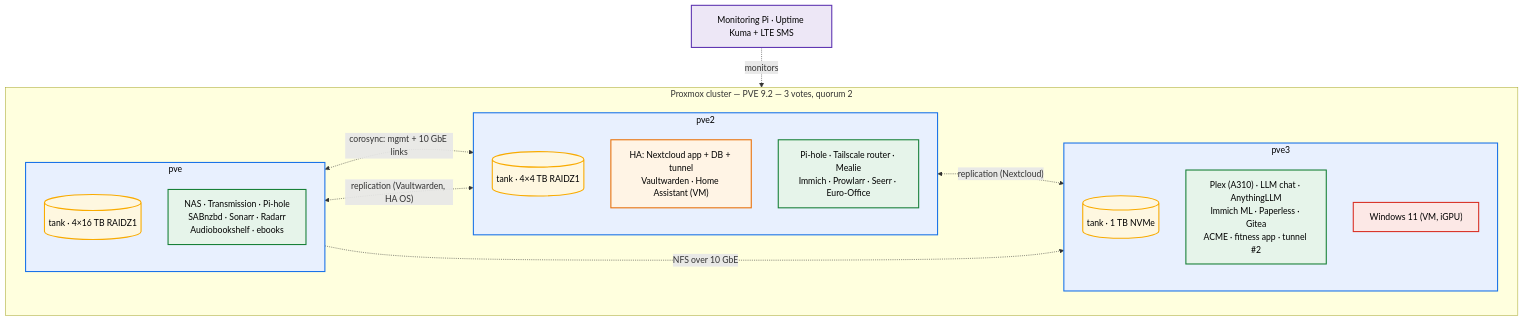
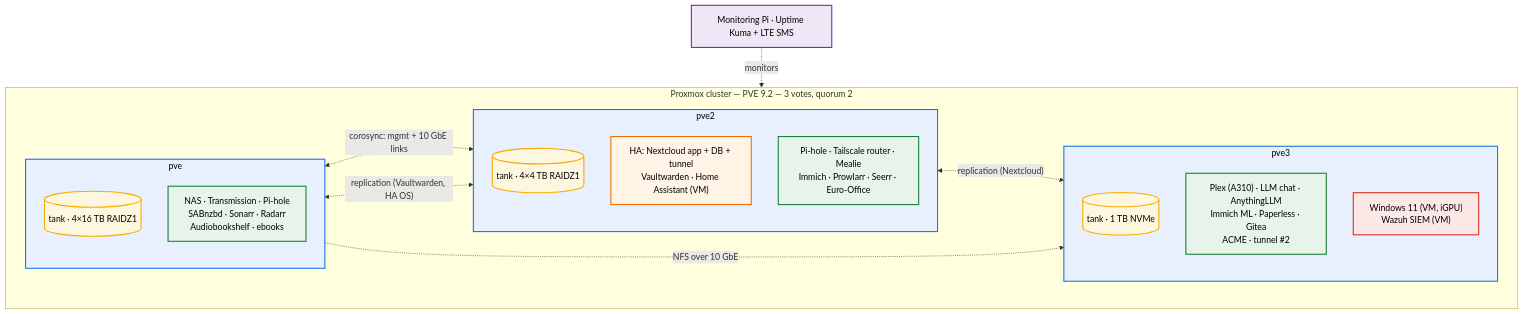
The diagram in README.md (Rich-Hacks/proxmox-homelab-pub), drawn with Mermaid before and after one commit. The commit also changed other lines of this file, not shown here.

````diff
--- a/README.md
+++ b/README.md
@@ -81,34 +83,34 @@
 ```mermaid
 flowchart TB
     classDef node fill:#E8F0FE,stroke:#1A73E8,stroke-width:2px,color:#000
     classDef ct fill:#E6F4EA,stroke:#188038,color:#000
     classDef ha fill:#FFF4E5,stroke:#E8710A,color:#000
     classDef vm fill:#FCE8E6,stroke:#D93025,color:#000
     classDef st fill:#FEF7E0,stroke:#F9AB00,stroke-width:2px,color:#000
     classDef mon fill:#EDE7F6,stroke:#5E35B1,color:#000
 
     subgraph C["Proxmox cluster — PVE 9.2 — 3 votes, quorum 2"]
       direction LR
       subgraph N1["pve"]
         S1[("tank · 4×16 TB RAIDZ1")]:::st
         G1["NAS · Transmission · Pi-hole<br/>SABnzbd · Sonarr · Radarr<br/>Audiobookshelf · ebooks"]:::ct
       end
       subgraph N2["pve2"]
         S2[("tank · 4×4 TB RAIDZ1")]:::st
         H2["HA: Nextcloud app + DB + tunnel<br/>Vaultwarden · Home Assistant (VM)"]:::ha
         G2["Pi-hole · Tailscale router · Mealie<br/>Immich · Prowlarr · Seerr · Euro-Office"]:::ct
       end
       subgraph N3["pve3"]
         S3[("tank · 1 TB NVMe")]:::st
-        G3["Plex (A310) · LLM chat · AnythingLLM<br/>Immich ML · Paperless · Gitea<br/>ACME · fitness app · tunnel #2"]:::ct
-        V3["Windows 11 (VM, iGPU)"]:::vm
+        G3["Plex (A310) · LLM chat · AnythingLLM<br/>Immich ML · Paperless · Gitea<br/>ACME · tunnel #2"]:::ct
+        V3["Windows 11 (VM, iGPU)<br/>Wazuh SIEM (VM)"]:::vm
       end
       N1 <-. "corosync: mgmt + 10 GbE links" .-> N2
       N2 <-. "replication (Nextcloud)" .-> N3
       N2 <-. "replication (Vaultwarden, HA OS)" .-> N1
       N1 -. "NFS over 10 GbE" .-> N3
     end
     P["Monitoring Pi · Uptime Kuma + LTE SMS"]:::mon
     P -. monitors .-> C
     class N1,N2,N3 node
 ```
````
